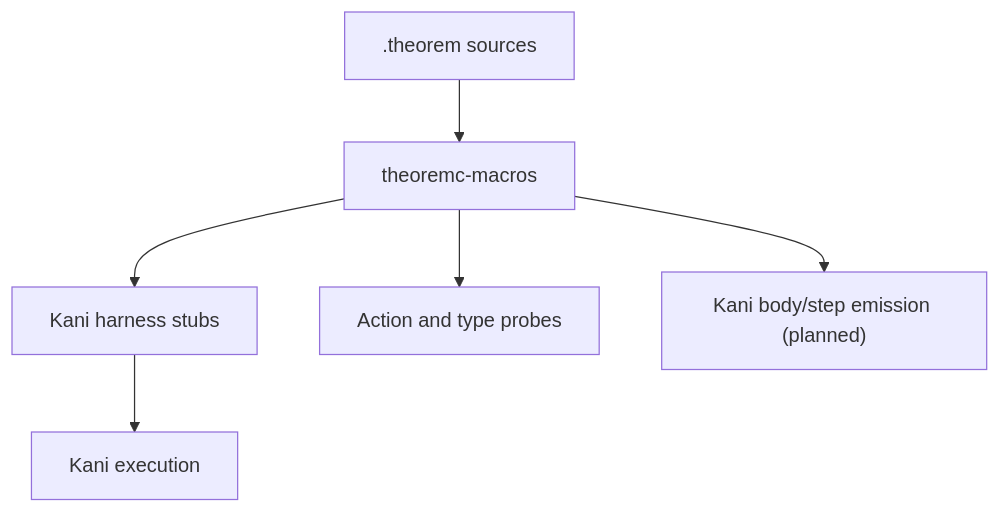
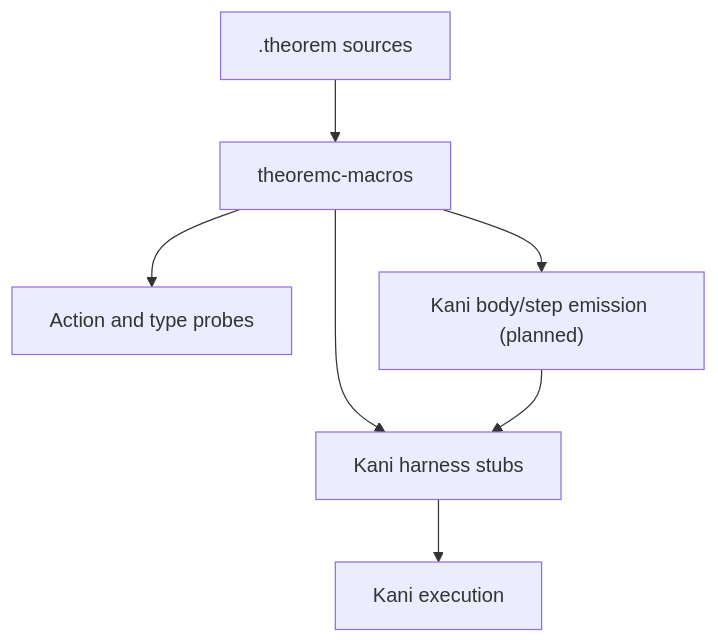
Before and after one commit to leynos/theoremc: the sixth of 7 diagrams in docs/theoremc-design.md, drawn with Mermaid. The commit also changed other lines of this file, not shown here.

First line of the commit message:
Docs: correct emission ordering in the Kani diagrams

````diff
--- a/docs/theoremc-design.md
+++ b/docs/theoremc-design.md
@@ -1582,8 +1582,9 @@
 ```mermaid
 flowchart TD
   T[".theorem sources"] --> PM["theoremc-macros"]
   PM --> H["Kani harness stubs"]
   PM --> P["Action and type probes"]
   PM --> KB["Kani body/step emission (planned)"]
+  KB --> H
   H --> CK["Kani execution"]
 ```
````
